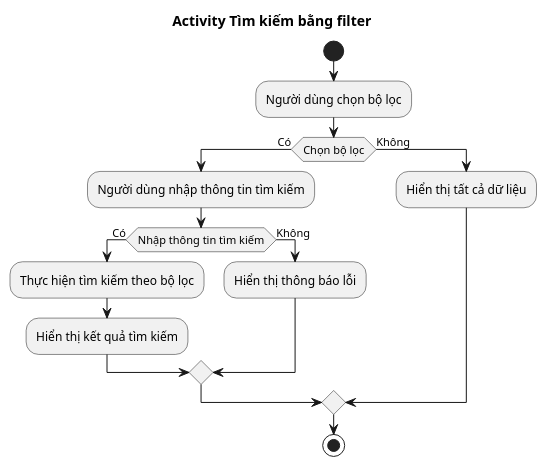
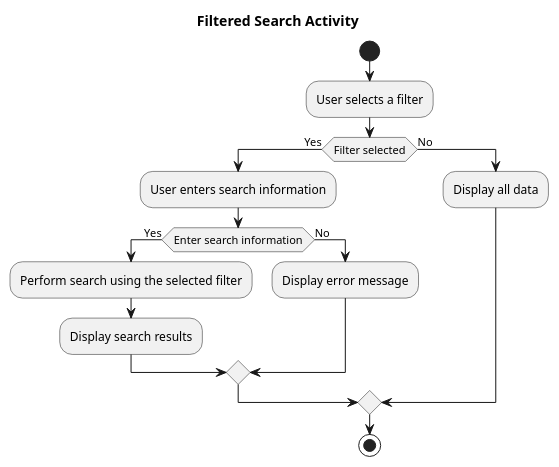
One commit to quynhnhu-172002/SE357-Pratice-class changed the diagram in LAB 1/Lab 1.2/Activity/Search By Filter.md. Above: the diagram before and after it, drawn with PlantUML.

Commit message:
Update Search By Filter.md

```diff
--- a/LAB 1/Lab 1.2/Activity/Search By Filter.md
+++ b/LAB 1/Lab 1.2/Activity/Search By Filter.md
@@ -1,21 +1,22 @@
-@startuml
-title Activity Tìm kiếm bằng filter
+@startuml Activity_FilteredSearch
+
+title Filtered Search Activity
 
 start
 
-:Người dùng chọn bộ lọc;
-if (Chọn bộ lọc) then (Có)
-  :Người dùng nhập thông tin tìm kiếm;
-  if (Nhập thông tin tìm kiếm) then (Có)
-    :Thực hiện tìm kiếm theo bộ lọc;
-    :Hiển thị kết quả tìm kiếm;
-  else (Không)
-    :Hiển thị thông báo lỗi;
+:User selects a filter;
+if (Filter selected) then (Yes)
+  :User enters search information;
+  if (Enter search information) then (Yes)
+    :Perform search using the selected filter;
+    :Display search results;
+  else (No)
+    :Display error message;
   endif
-else (Không)
-  :Hiển thị tất cả dữ liệu;
+else (No)
+  :Display all data;
 endif
 
 stop
 
 @enduml
```
